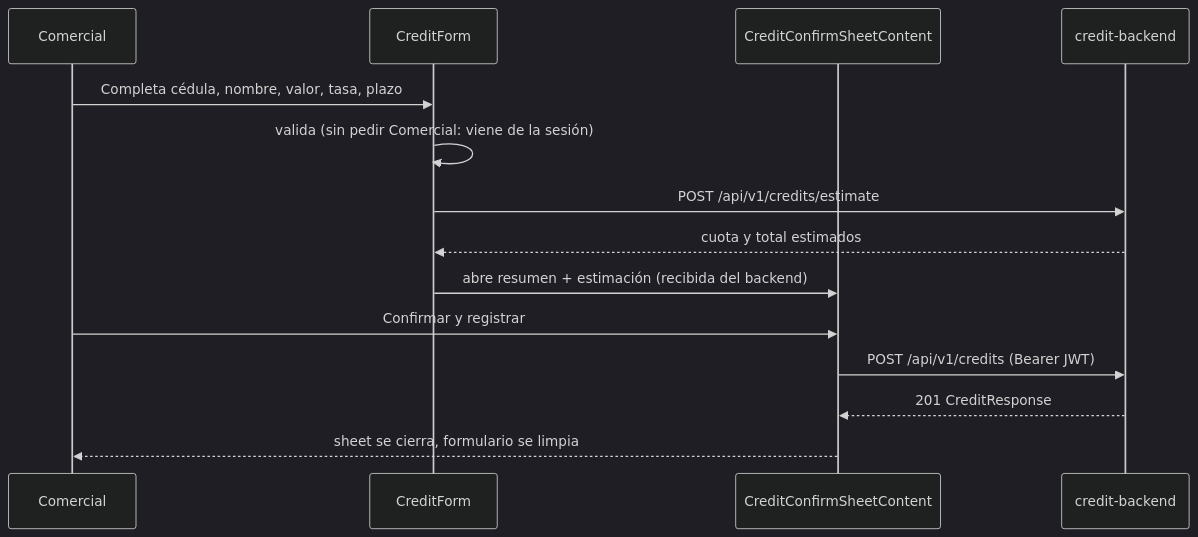
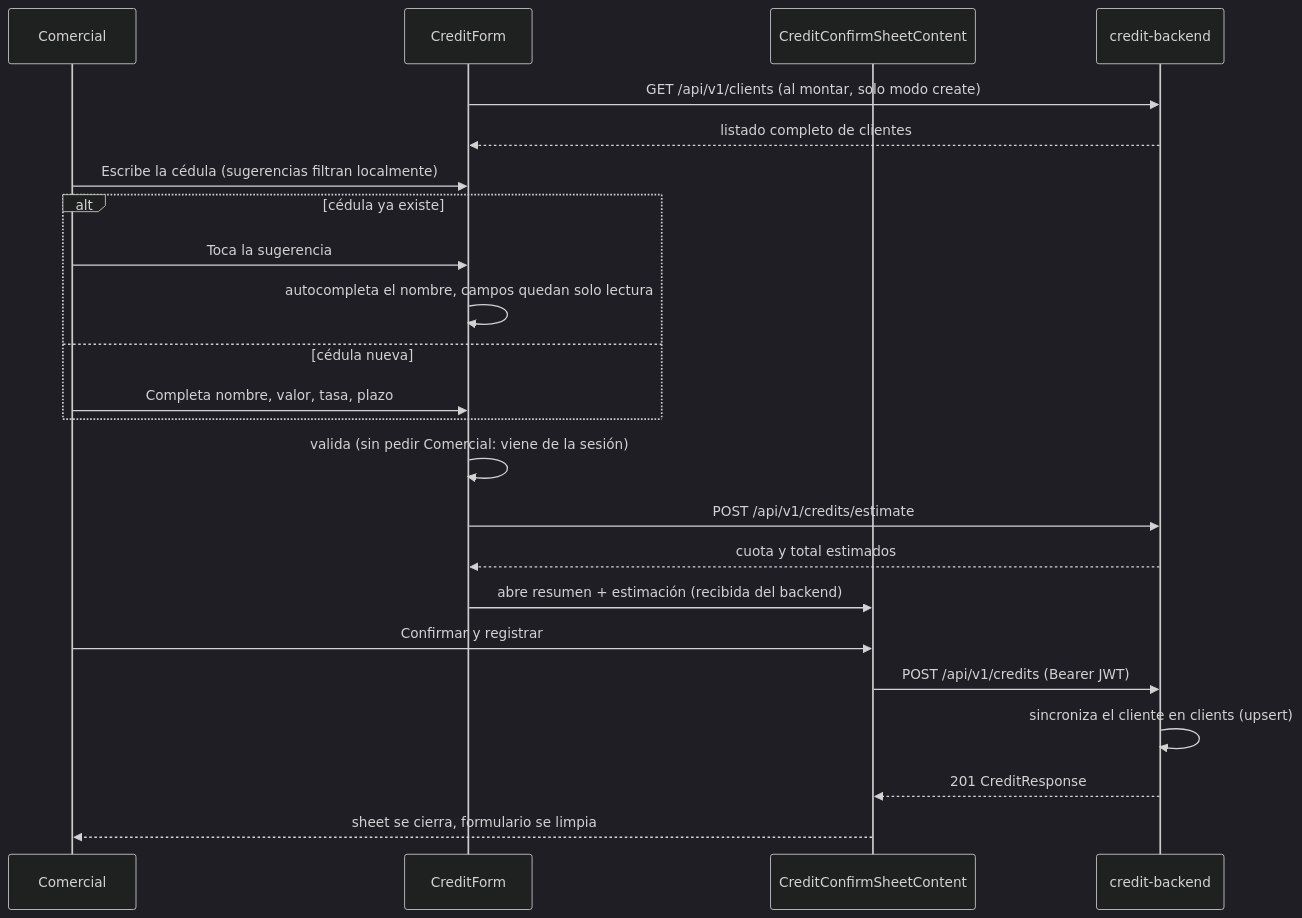
The second of 2 diagrams in README.md (CarlosPolo019/credit-mobile), drawn with Mermaid (dark theme) before and after one commit. The commit also changed 1 other file, not shown here.

Commit message:
docs: show the autocomplete + client sync steps in the registration flow

````diff
--- a/README.md
+++ b/README.md
@@ -26,16 +26,25 @@
 ```mermaid
 sequenceDiagram
   participant User as Comercial
   participant Form as CreditForm
   participant Sheet as CreditConfirmSheetContent
   participant API as credit-backend
-  User->>Form: Completa cédula, nombre, valor, tasa, plazo
+  Form->>API: GET /api/v1/clients (al montar, solo modo create)
+  API-->>Form: listado completo de clientes
+  User->>Form: Escribe la cédula (sugerencias filtran localmente)
+  alt cédula ya existe
+    User->>Form: Toca la sugerencia
+    Form->>Form: autocompleta el nombre, campos quedan solo lectura
+  else cédula nueva
+    User->>Form: Completa nombre, valor, tasa, plazo
+  end
   Form->>Form: valida (sin pedir Comercial: viene de la sesión)
   Form->>API: POST /api/v1/credits/estimate
   API-->>Form: cuota y total estimados
   Form->>Sheet: abre resumen + estimación (recibida del backend)
   User->>Sheet: Confirmar y registrar
   Sheet->>API: POST /api/v1/credits (Bearer JWT)
+  API->>API: sincroniza el cliente en clients (upsert)
   API-->>Sheet: 201 CreditResponse
   Sheet-->>User: sheet se cierra, formulario se limpia
 ```
````
